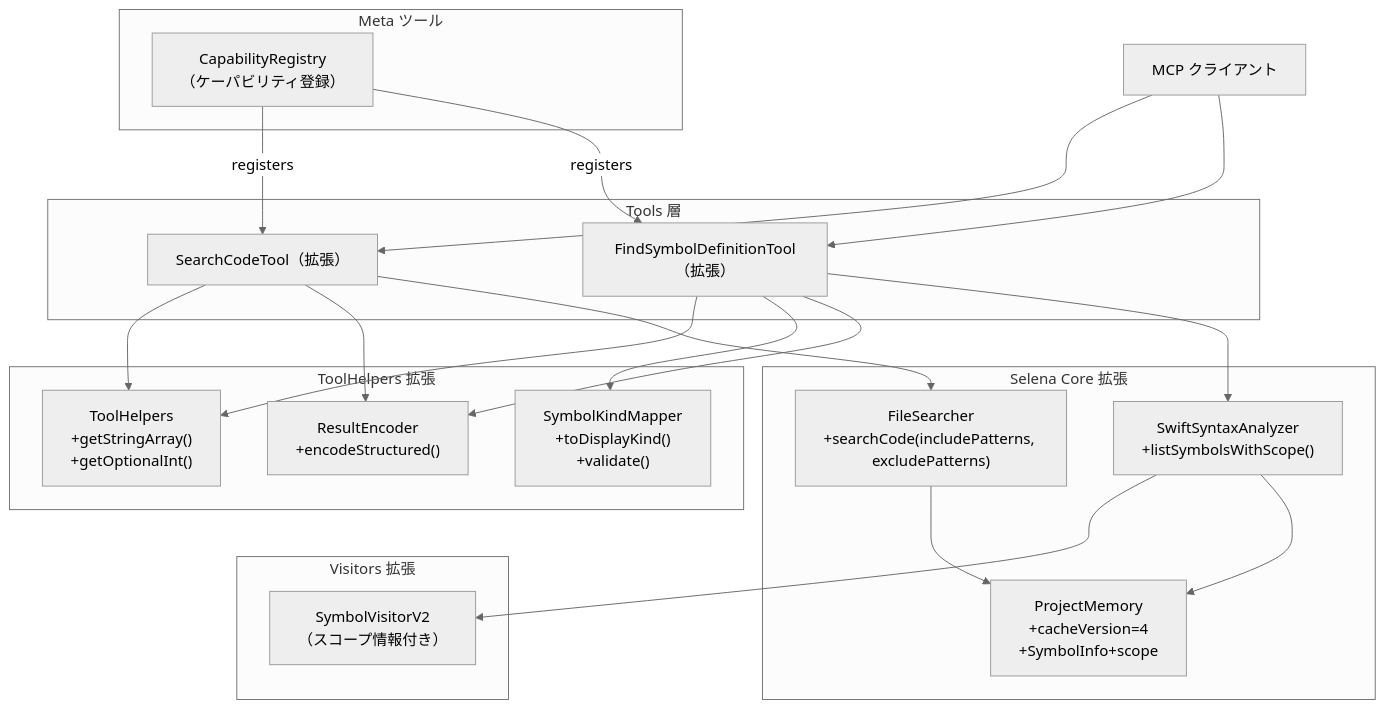
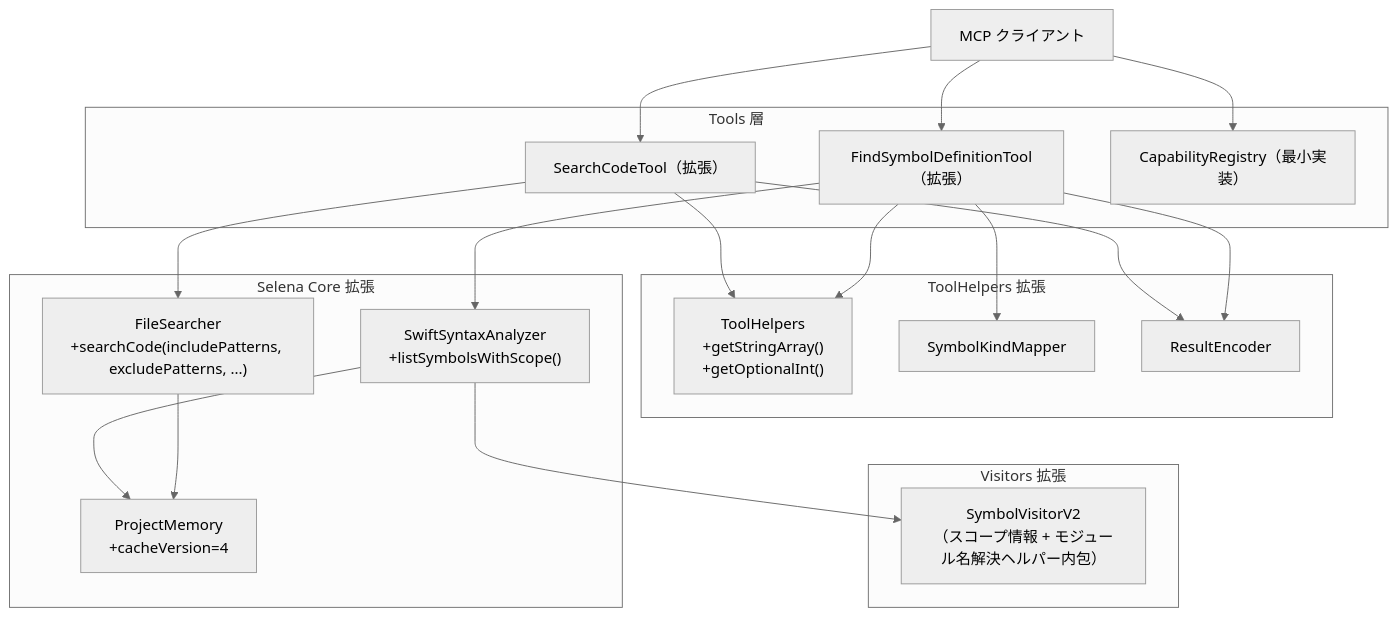
The first of 4 diagrams in project/improve/design/DES-104_search_symbol_tools_enhancement_design.md (BlueEventHorizon/Swift-Selena), drawn with Mermaid (neutral theme) before and after one commit. The commit also changed other lines of this file and 2 other files, not shown here.

````diff
--- a/project/improve/design/DES-104_search_symbol_tools_enhancement_design.md
+++ b/project/improve/design/DES-104_search_symbol_tools_enhancement_design.md
@@ -110,39 +109,36 @@
 ```mermaid
 flowchart TB
     Client["MCP クライアント"]
     subgraph Tools["Tools 層"]
         SCT["SearchCodeTool（拡張）"]
         FSDT["FindSymbolDefinitionTool（拡張）"]
+        CAP["CapabilityRegistry（最小実装）"]
     end
     subgraph Helpers["ToolHelpers 拡張"]
         TH["ToolHelpers\n+getStringArray()\n+getOptionalInt()"]
-        SKM["SymbolKindMapper\n+toDisplayKind()\n+validate()"]
-        RE["ResultEncoder\n+encodeStructured()"]
+        SKM["SymbolKindMapper"]
+        RE["ResultEncoder"]
     end
     subgraph Core["Selena Core 拡張"]
-        FS["FileSearcher\n+searchCode(includePatterns, excludePatterns)"]
+        FS["FileSearcher\n+searchCode(includePatterns, excludePatterns, ...)"]
         SSA["SwiftSyntaxAnalyzer\n+listSymbolsWithScope()"]
-        PM["ProjectMemory\n+cacheVersion=4\n+SymbolInfo+scope"]
+        PM["ProjectMemory\n+cacheVersion=4"]
     end
     subgraph Visitors["Visitors 拡張"]
-        SV["SymbolVisitorV2\n（スコープ情報付き）"]
-    end
-    subgraph Meta["Meta ツール"]
-        CAP["CapabilityRegistry\n（ケーパビリティ登録）"]
+        SV["SymbolVisitorV2\n（スコープ情報 + モジュール名解決ヘルパー内包）"]
     end
 
     Client --> SCT
     Client --> FSDT
+    Client --> CAP
     SCT --> TH
     SCT --> RE
     SCT --> FS
     FSDT --> TH
     FSDT --> SKM
     FSDT --> RE
     FSDT --> SSA
     SSA --> SV
     SSA --> PM
     FS --> PM
-    CAP -->|registers| SCT
-    CAP -->|registers| FSDT
 ```
````
